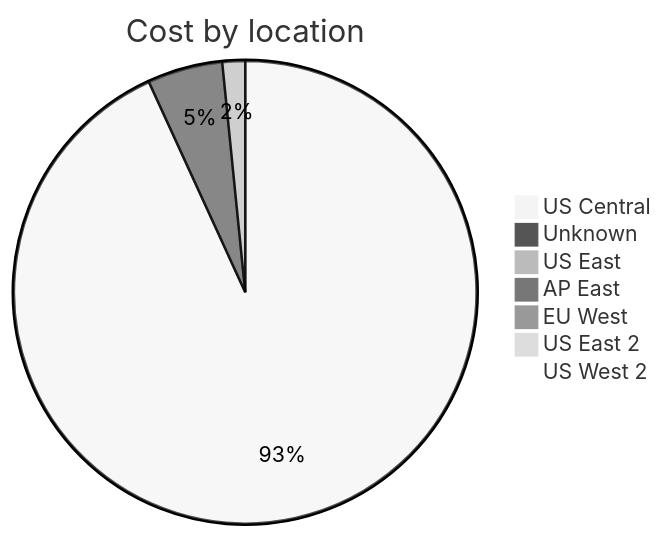
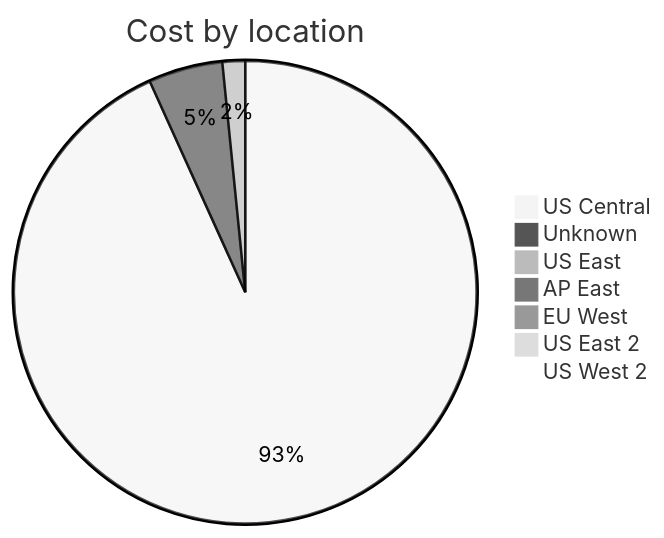
Before and after one commit to jpfulton/azure-personal-reports: the third of 4 diagrams in cost-reports/accumulated-cost.md, drawn with Mermaid (neutral theme). The commit also changed other lines of this file and 4 other files, not shown here.

````diff
--- a/cost-reports/accumulated-cost.md
+++ b/cost-reports/accumulated-cost.md
@@ -123,11 +123,11 @@
 ```mermaid
 pie
    title Cost by location
-   "US Central" : 5.86
-   "Unknown" : 0.33
-   "US East" : 0.10
+   "US Central" : 6.48
+   "Unknown" : 0.36
+   "US East" : 0.11
    "AP East" : 0.00
    "EU West" : 0.00
    "US East 2" : 0.00
    "US West 2" : 0.00
 ```
````
